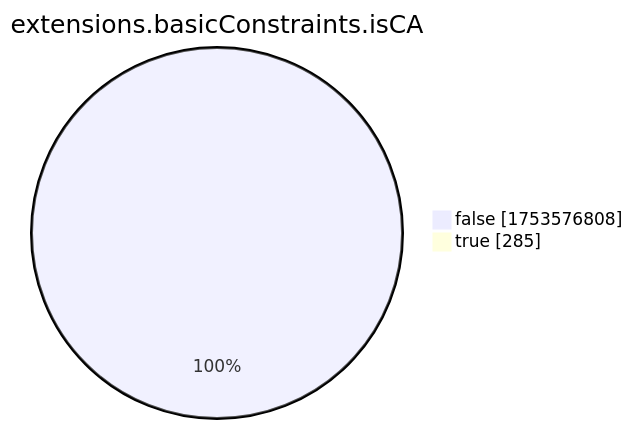
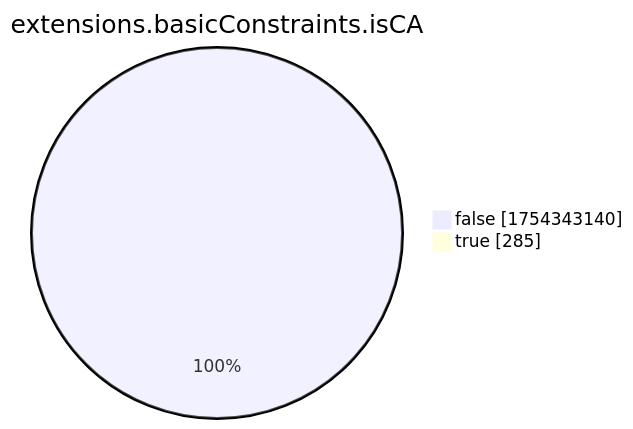
The eighth of 15 diagrams in xenon2022/README.md (christiankrug/ctmonitor_visualization), drawn with Mermaid before and after one commit. The commit also changed other lines of this file, not shown here.

````diff
--- a/xenon2022/README.md
+++ b/xenon2022/README.md
@@ -2868,6 +2868,6 @@
 ```mermaid
 pie showData
 title extensions.basicConstraints.isCA
-"false" :1753576808
+"false" :1754343140
 "true" :285
 ```
````
